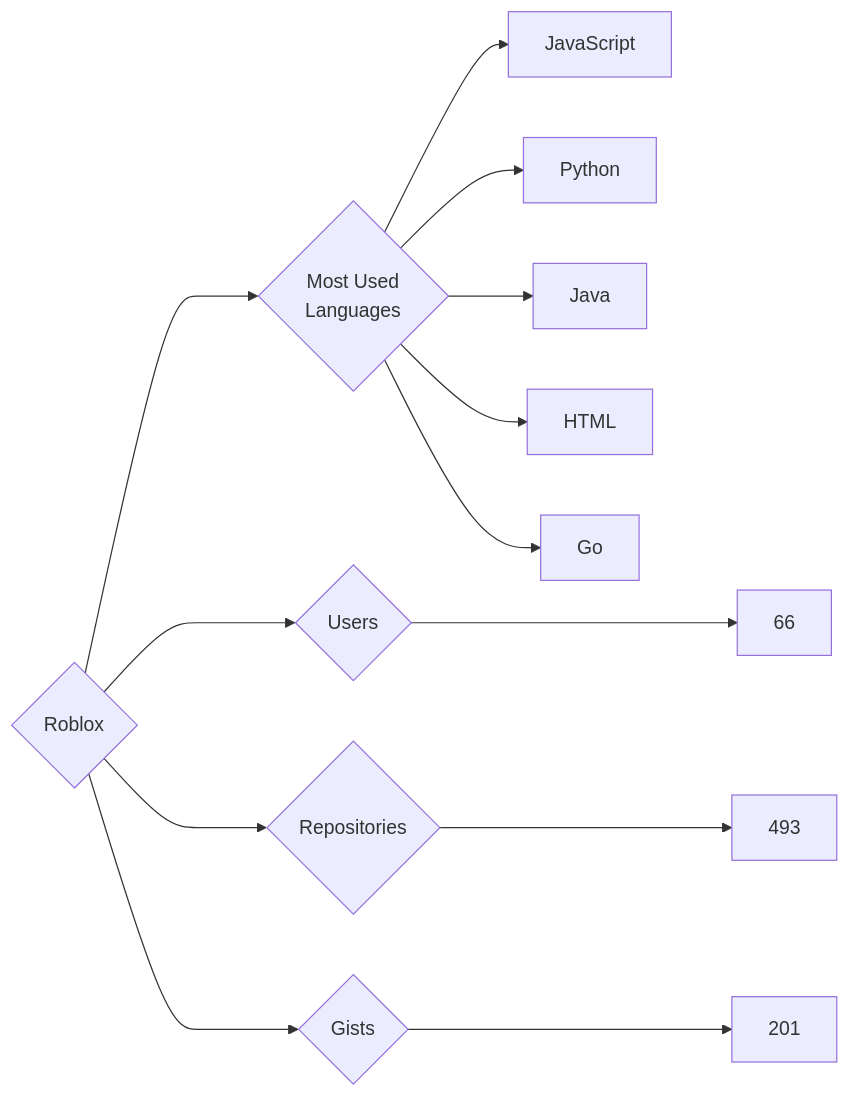
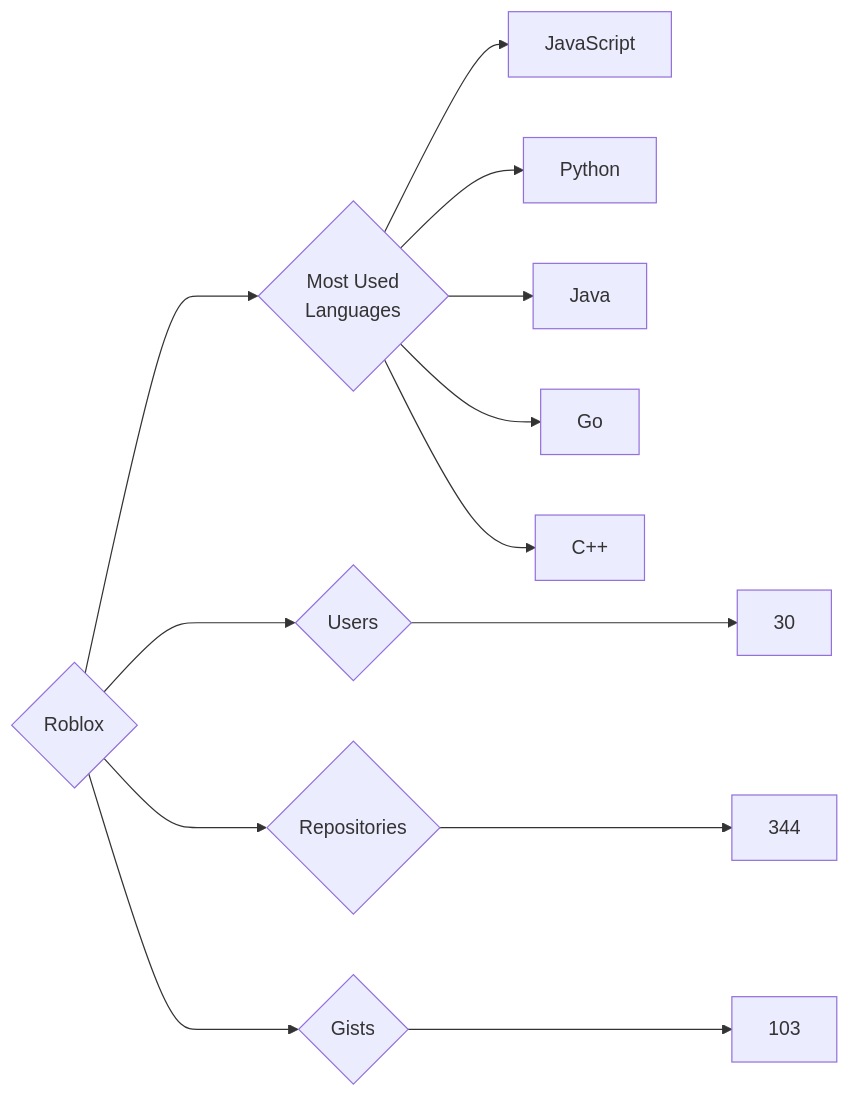
Before and after one commit to trickest/insiders: the diagram in targets/Roblox/README.md, drawn with Mermaid. The commit also changed 970 other files, not shown here.

````diff
--- a/targets/Roblox/README.md
+++ b/targets/Roblox/README.md
@@ -3,13 +3,13 @@
 ```mermaid
 graph LR
 COMPANY_NAME{Roblox}
-COMPANY_NAME ---> U{Users} ---> UN[66]
-COMPANY_NAME ---> R{Repositories} ---> RN[493]
-COMPANY_NAME ---> G{Gists} ---> GN[201]
+COMPANY_NAME ---> U{Users} ---> UN[30]
+COMPANY_NAME ---> R{Repositories} ---> RN[344]
+COMPANY_NAME ---> G{Gists} ---> GN[103]
 COMPANY_NAME ---> ML{Most Used<br>Languages}
 ML --> JavaScript[JavaScript]
 ML --> Python[Python]
 ML --> Java[Java]
-ML --> HTML[HTML]
 ML --> Go[Go]
+ML --> C++[C++]
 ```
````
